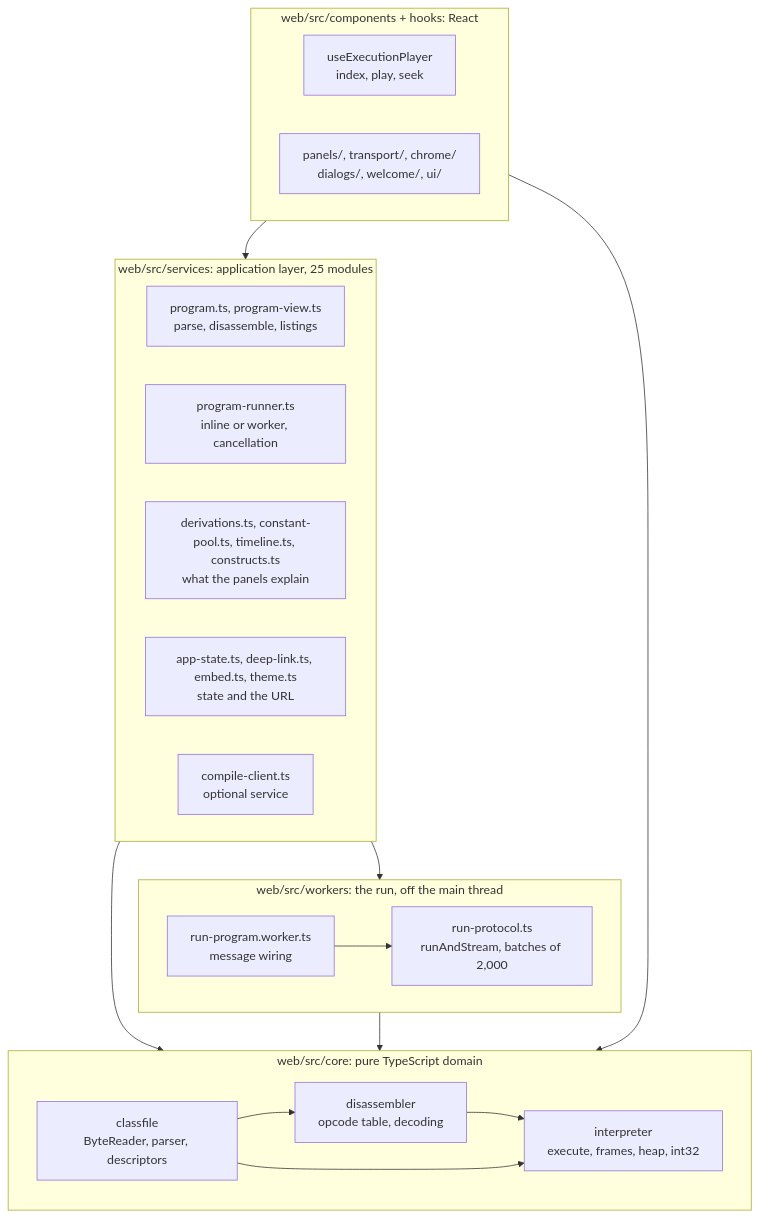
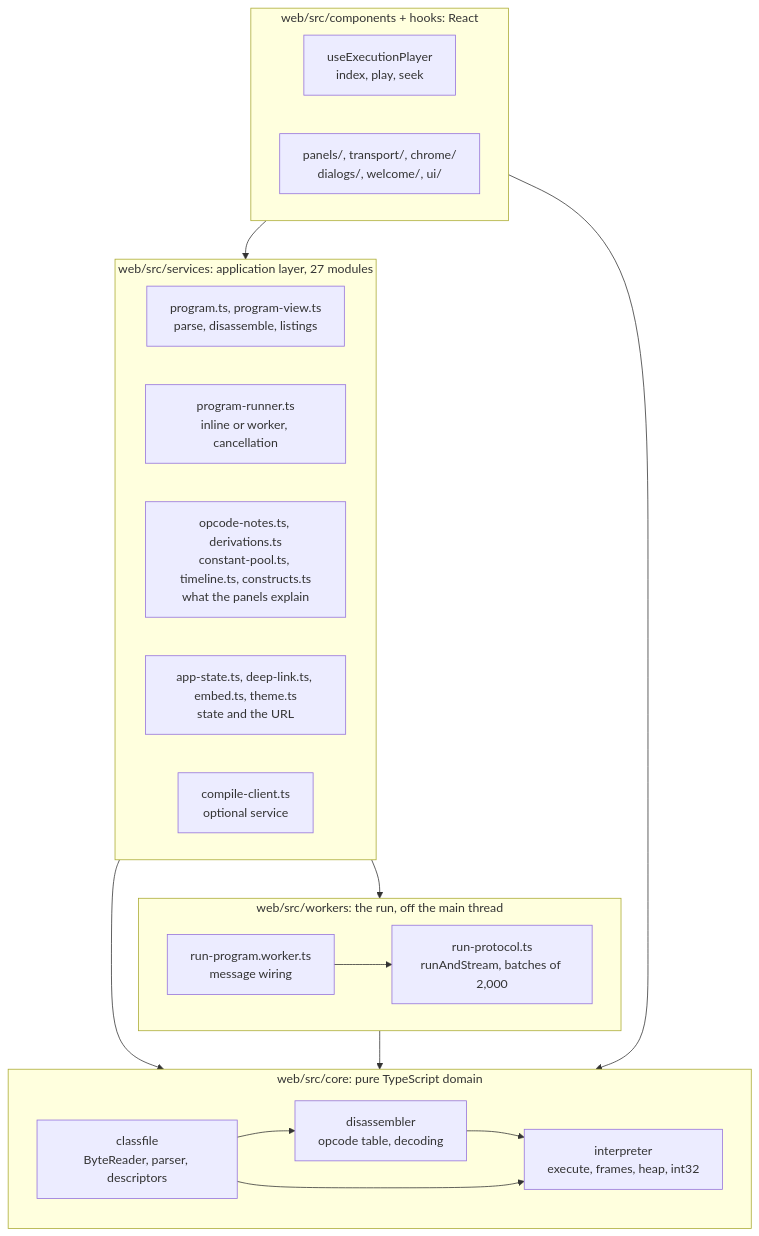
The first of 3 diagrams in docs/architecture.md (mblaszczykowski/JVM-Bytecode-Visualizer), drawn with Mermaid before and after one commit. The commit also changed 11 other files, not shown here.

First line of the commit message:
refactor(services): lift the opcode table out of the explanation layer

````diff
--- a/docs/architecture.md
+++ b/docs/architecture.md
@@ -12,32 +12,32 @@
 ```mermaid
 flowchart TD
   subgraph core["web/src/core: pure TypeScript domain"]
     classfile["classfile<br/>ByteReader, parser, descriptors"]
     disassembler["disassembler<br/>opcode table, decoding"]
     interpreter["interpreter<br/>execute, frames, heap, int32"]
     classfile --> disassembler
     disassembler --> interpreter
     classfile --> interpreter
   end
   subgraph worker["web/src/workers: the run, off the main thread"]
     protocol["run-protocol.ts<br/>runAndStream, batches of 2,000"]
     shim["run-program.worker.ts<br/>message wiring"]
     shim --> protocol
   end
-  subgraph app["web/src/services: application layer, 25 modules"]
+  subgraph app["web/src/services: application layer, 27 modules"]
     program["program.ts, program-view.ts<br/>parse, disassemble, listings"]
     runner["program-runner.ts<br/>inline or worker, cancellation"]
-    derive["derivations.ts, constant-pool.ts, timeline.ts, constructs.ts<br/>what the panels explain"]
+    derive["opcode-notes.ts, derivations.ts<br/>constant-pool.ts, timeline.ts, constructs.ts<br/>what the panels explain"]
     state["app-state.ts, deep-link.ts, embed.ts, theme.ts<br/>state and the URL"]
     compileClient["compile-client.ts<br/>optional service"]
   end
   subgraph ui["web/src/components + hooks: React"]
     player["useExecutionPlayer<br/>index, play, seek"]
     panels["panels/, transport/, chrome/<br/>dialogs/, welcome/, ui/"]
   end
   app --> core
   app --> worker
   worker --> core
   ui --> app
   ui --> core
 ```
````
